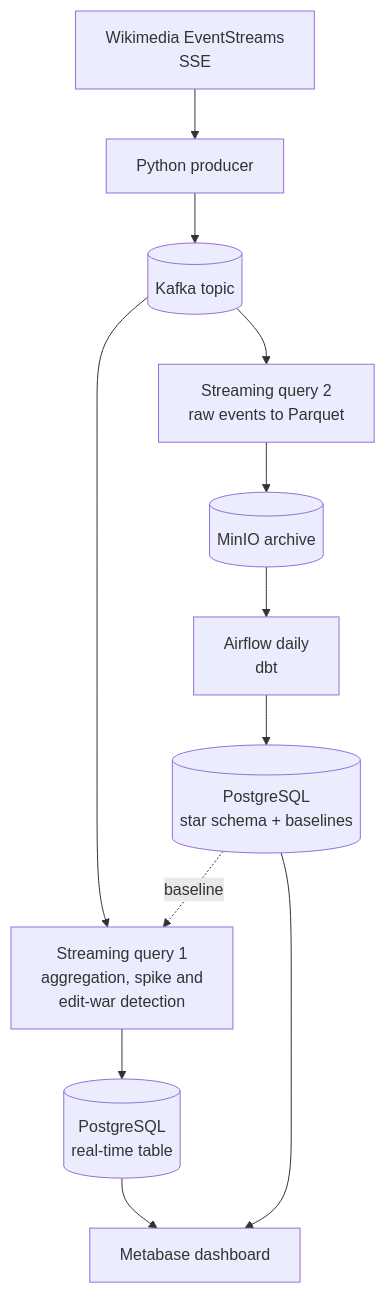
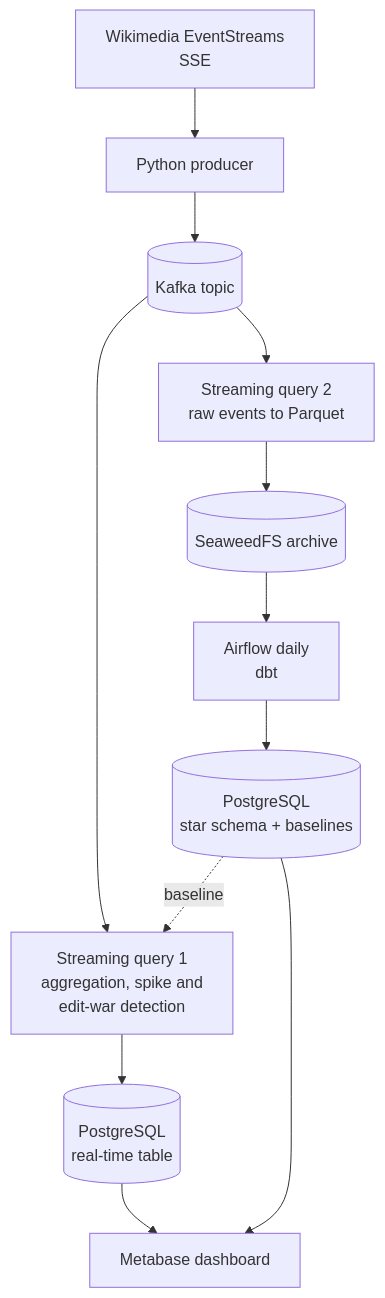
One commit to nghiax32/WikiHeatmap changed the first of 2 diagrams in README.md. Above: the diagram before and after it, drawn with Mermaid. The commit also changed other lines of this file and 11 other files, not shown here.

First line of the commit message:
Add Kafka producer, SeaweedFS raw archive and docker compose stack

````diff
--- a/README.md
+++ b/README.md
@@ -37,14 +37,14 @@
 ```mermaid
 flowchart TD
     A[Wikimedia EventStreams<br/>SSE] --> B[Python producer]
     B --> C[(Kafka topic)]
     C --> D[Streaming query 1<br/>aggregation, spike and<br/>edit-war detection]
     C --> E[Streaming query 2<br/>raw events to Parquet]
     D --> F[(PostgreSQL<br/>real-time table)]
-    E --> G[(MinIO archive)]
+    E --> G[(SeaweedFS archive)]
     G --> H[Airflow daily<br/>dbt]
     H --> I[(PostgreSQL<br/>star schema + baselines)]
     I -. baseline .-> D
     F --> J[Metabase dashboard]
     I --> J
 ```
````
